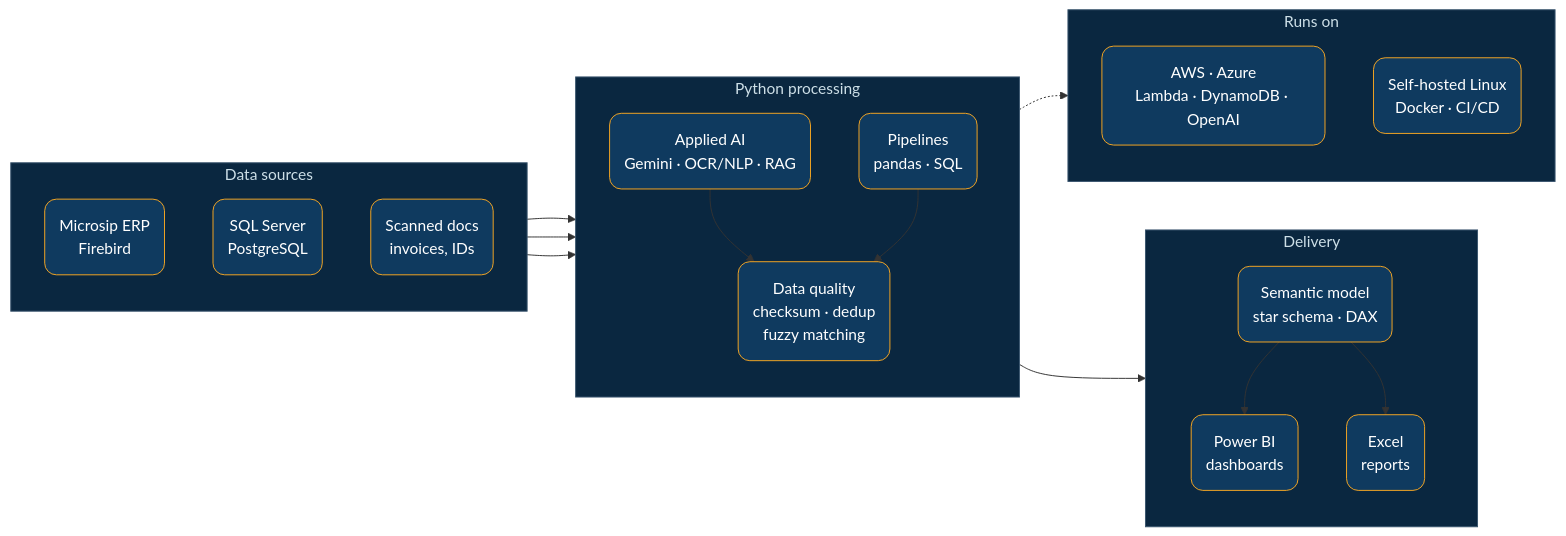
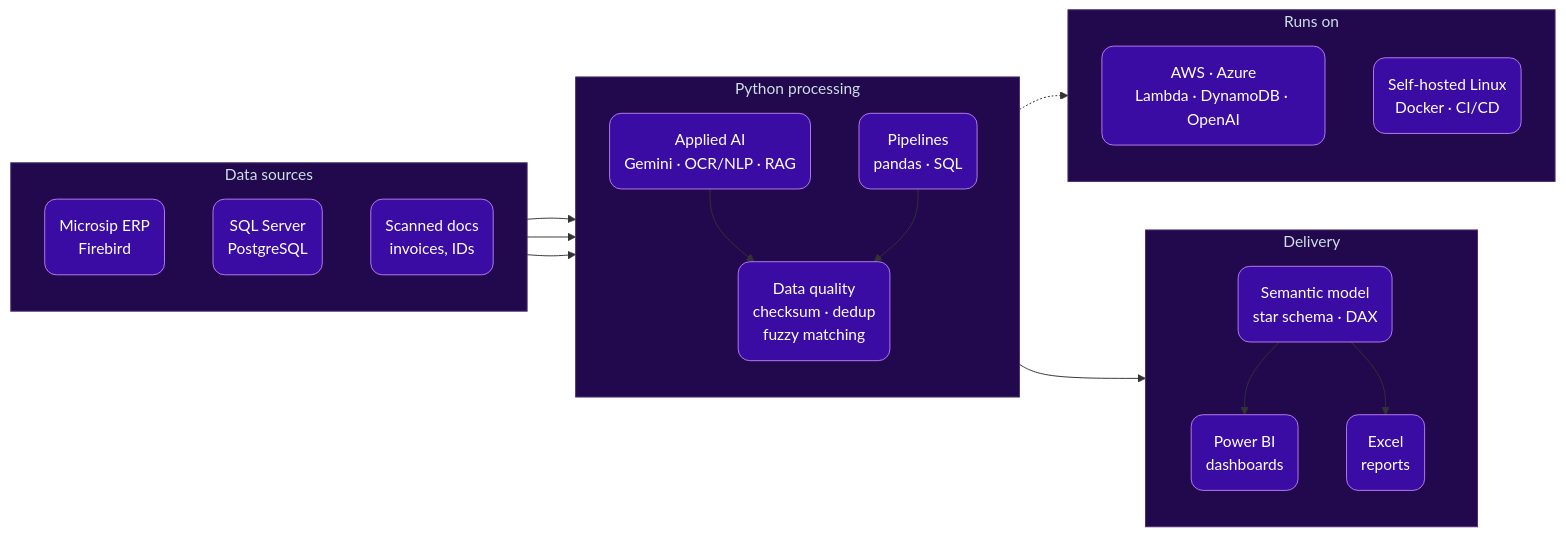
Before and after one commit to frnc-crrd/frnc-crrd: the diagram in README.md, drawn with Mermaid. The commit also changed 11 other files, not shown here.

````diff
--- a/README.md
+++ b/README.md
@@ -27,38 +27,38 @@
 ```mermaid
 flowchart LR
     subgraph SRC["&nbsp;Data sources&nbsp;"]
         direction TB
         ERP("Microsip ERP<br/>Firebird")
         DB("SQL Server<br/>PostgreSQL")
         DOC("Scanned docs<br/>invoices, IDs")
     end
     subgraph PY["&nbsp;Python processing&nbsp;"]
         direction TB
         PIPE("Pipelines<br/>pandas · SQL")
         QA("Data quality<br/>checksum · dedup<br/>fuzzy matching")
         AI("Applied AI<br/>Gemini · OCR/NLP · RAG")
     end
     subgraph OUT["&nbsp;Delivery&nbsp;"]
         direction TB
         MOD("Semantic model<br/>star schema · DAX")
         PBI("Power BI<br/>dashboards")
         XLS("Excel<br/>reports")
     end
     subgraph INFRA["&nbsp;Runs on&nbsp;"]
         CLOUD("AWS · Azure<br/>Lambda · DynamoDB · OpenAI")
         SRV("Self-hosted Linux<br/>Docker · CI/CD")
     end
     ERP --> PIPE
     DB --> PIPE
     DOC --> AI
     AI --> QA
     PIPE --> QA
     QA --> MOD
     MOD --> PBI
     MOD --> XLS
     PY -.-> INFRA
-    classDef box fill:#0F3A5F,stroke:#F5A623,stroke-width:1px,color:#ffffff,rx:12,ry:12;
+    classDef box fill:#3A0CA3,stroke:#B57BED,stroke-width:1px,color:#ffffff,rx:12,ry:12;
     class ERP,DB,DOC,PIPE,QA,AI,MOD,PBI,XLS,CLOUD,SRV box;
-    classDef grp fill:#0a2740,stroke:#3a556e,color:#cddfe7;
+    classDef grp fill:#22084d,stroke:#4a2e6e,color:#cddfe7;
     class SRC,PY,OUT,INFRA grp;
 ```
````
